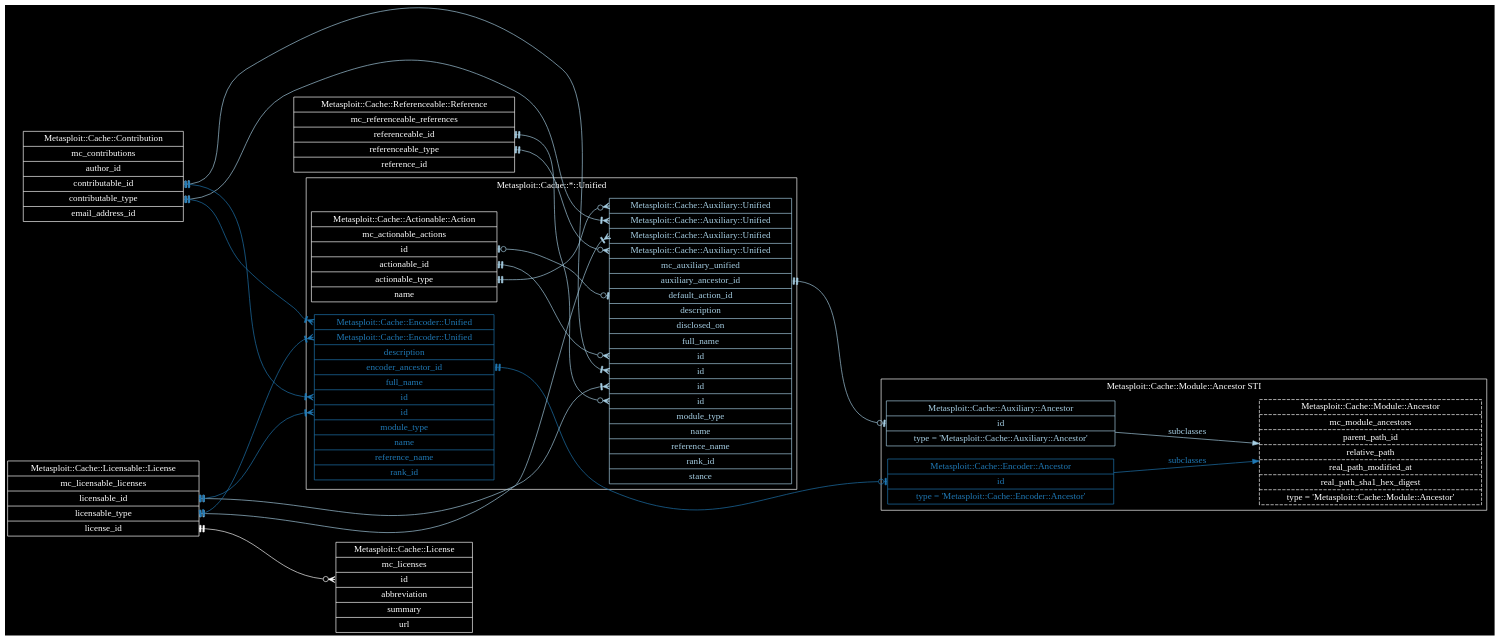
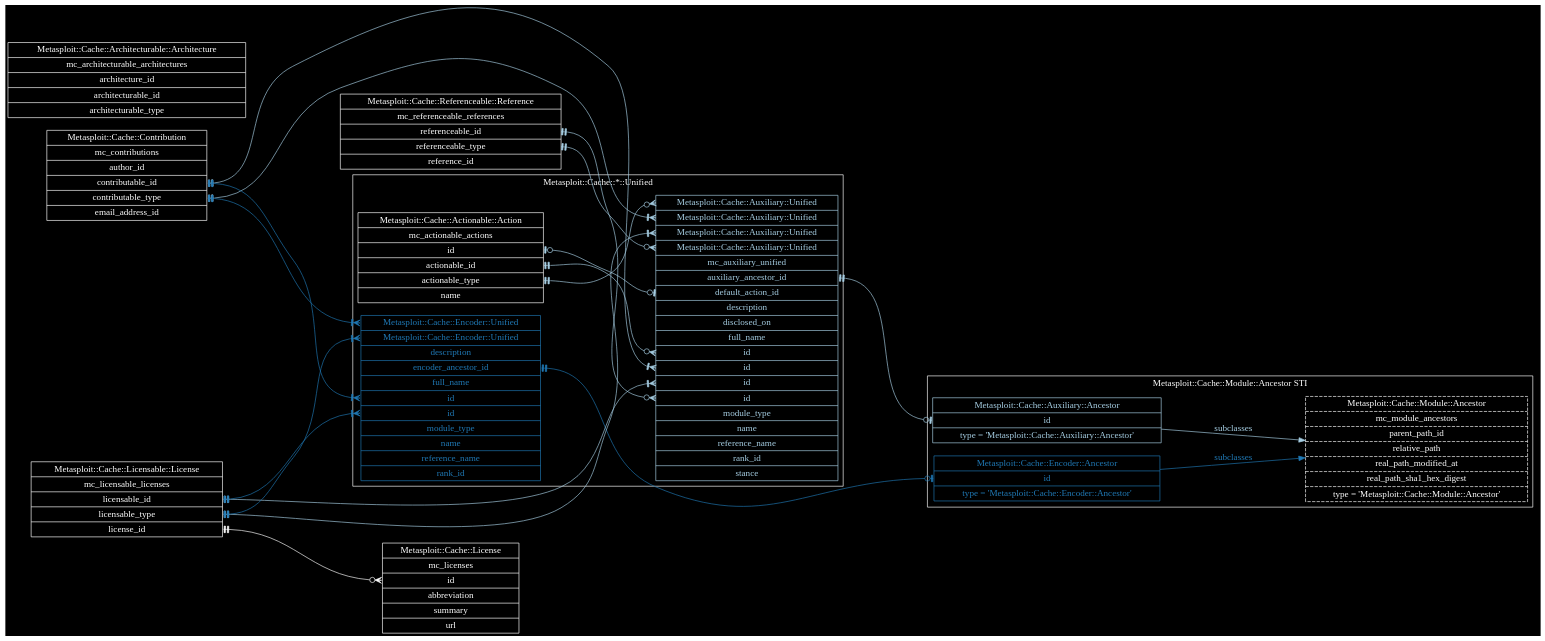
Before and after one commit to rapid7/metasploit-cache: the diagram in docs/metasploit-cache-read-model.dot, drawn with Graphviz.

Commit message:
Architecturable::Architect in read model
MSP-12192

```diff
--- a/docs/metasploit-cache-read-model.dot
+++ b/docs/metasploit-cache-read-model.dot
@@ -30,6 +30,10 @@
     arrowtail = "teetee"
     color = "/paired9/1"
     dir = "both"
+  ]
+
+  "Metasploit::Cache::Architecturable::Architecture" [
+    label = "Metasploit::Cache::Architecturable::Architecture | mc_architecturable_architectures | architecture_id | <architecturable_id>architecturable_id | <architecturable_type>architecturable_type"
   ]
 
   "Metasploit::Cache::Contribution" [
```
